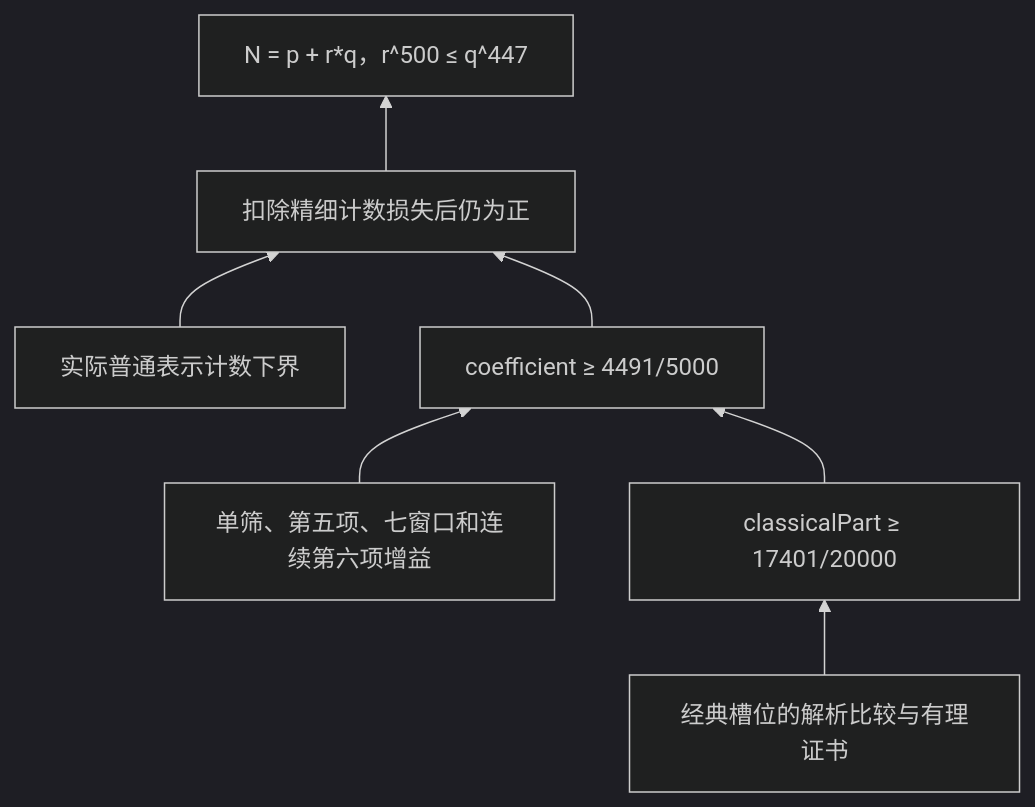
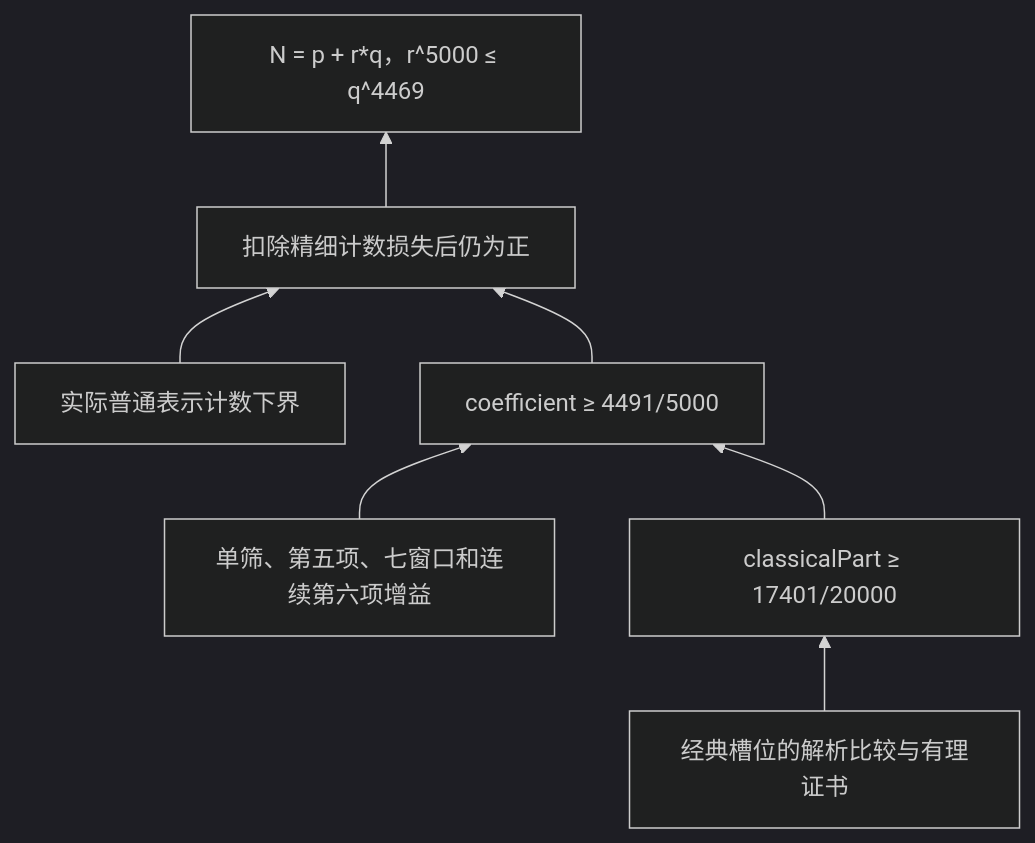
One commit to subfish-zhou/goldbach-lean changed the diagram in research/wu2008/README.md. Above: the diagram before and after it, drawn with Mermaid (dark theme). The commit also changed other lines of this file and 7978 other files, not shown here.

````diff
--- a/research/wu2008/README.md
+++ b/research/wu2008/README.md
@@ -91,9 +95,9 @@
 ```mermaid
 flowchart BT
   slots["经典槽位的解析比较与有理证书"] --> classical["classicalPart ≥ 17401/20000"]
   gains["单筛、第五项、七窗口和连续第六项增益"] --> coefficient["coefficient ≥ 4491/5000"]
   classical --> coefficient
   actual["实际普通表示计数下界"] --> refined["扣除精细计数损失后仍为正"]
   coefficient --> refined
-  refined --> target["N = p + r*q，r^500 ≤ q^447"]
+  refined --> target["N = p + r*q，r^5000 ≤ q^4469"]
 ```
````
